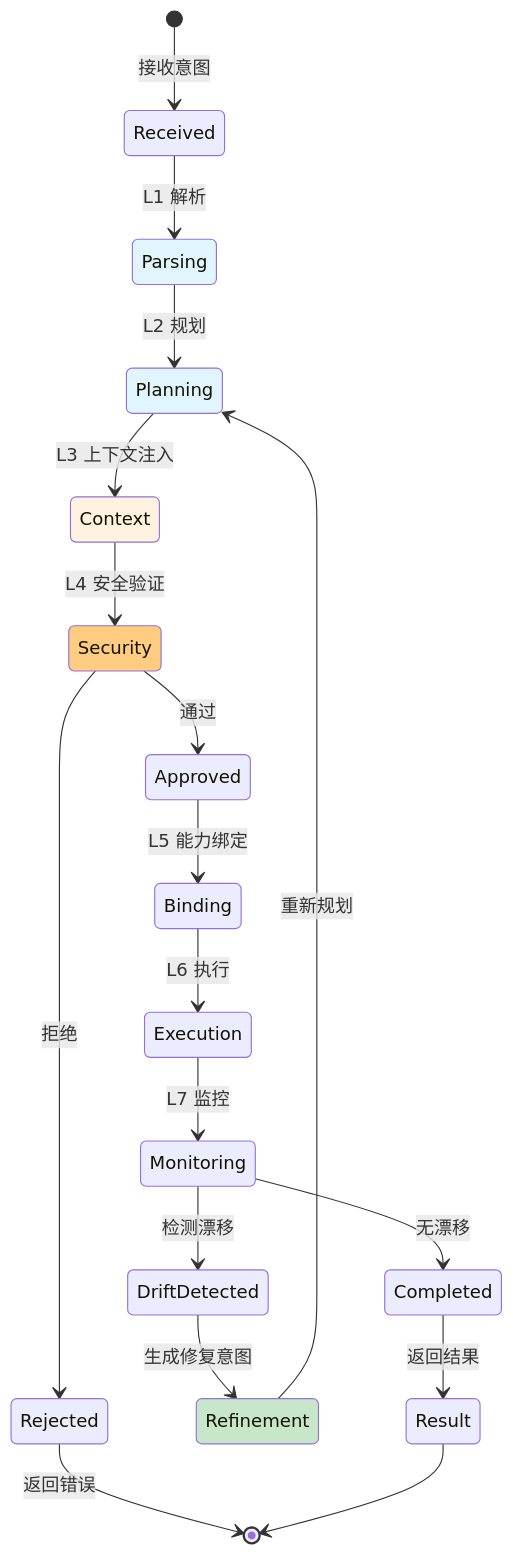
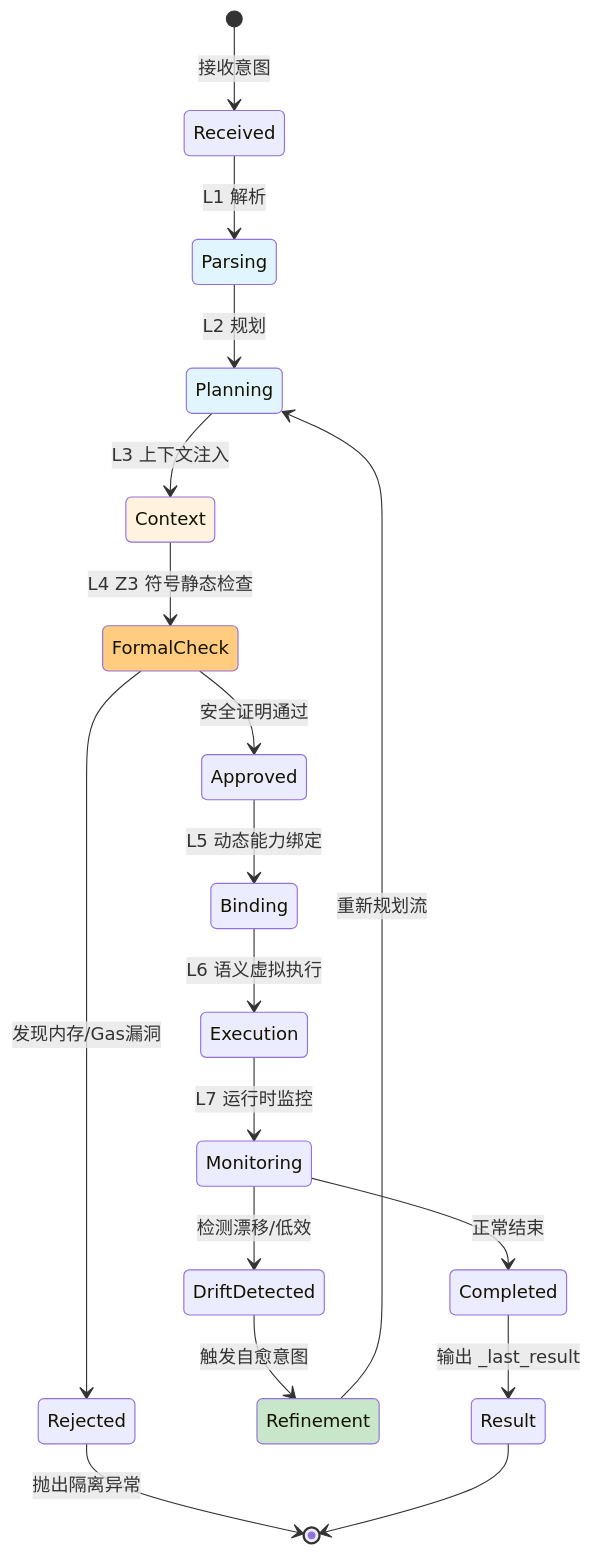
Diagram 14 of 16 in papers/Architecture_Diagrams.md (jeffery9/intentOS), drawn with Mermaid before and after one commit. The commit also changed other lines of this file, not shown here.

Commit message:
docs: align architecture diagrams with formal verification, P2P network, and Loop 5 apoptosis

````diff
--- a/papers/Architecture_Diagrams.md
+++ b/papers/Architecture_Diagrams.md
@@ -488,32 +493,32 @@
 ```mermaid
 stateDiagram-v2
     [*] --> Received: 接收意图
     
     Received --> Parsing: L1 解析
     Parsing --> Planning: L2 规划
     Planning --> Context: L3 上下文注入
-    Context --> Security: L4 安全验证
+    Context --> FormalCheck: L4 Z3 符号静态检查
     
-    Security --> Approved: 通过
-    Security --> Rejected: 拒绝
-    Rejected --> [*]: 返回错误
+    FormalCheck --> Approved: 安全证明通过
+    FormalCheck --> Rejected: 发现内存/Gas漏洞
+    Rejected --> [*]: 抛出隔离异常
     
-    Approved --> Binding: L5 能力绑定
-    Binding --> Execution: L6 执行
-    Execution --> Monitoring: L7 监控
+    Approved --> Binding: L5 动态能力绑定
+    Binding --> Execution: L6 语义虚拟执行
+    Execution --> Monitoring: L7 运行时监控
     
-    Monitoring --> DriftDetected: 检测漂移
-    Monitoring --> Completed: 无漂移
+    Monitoring --> DriftDetected: 检测漂移/低效
+    Monitoring --> Completed: 正常结束
     
-    DriftDetected --> Refinement: 生成修复意图
-    Refinement --> Planning: 重新规划
+    DriftDetected --> Refinement: 触发自愈意图
+    Refinement --> Planning: 重新规划流
     
-    Completed --> Result: 返回结果
+    Completed --> Result: 输出 _last_result
     Result --> [*]
 
     style Parsing fill:#e1f5fe
     style Planning fill:#e1f5fe
     style Context fill:#fff3e0
-    style Security fill:#ffcc80
+    style FormalCheck fill:#ffcc80
     style Refinement fill:#c8e6c9
 ```
````
